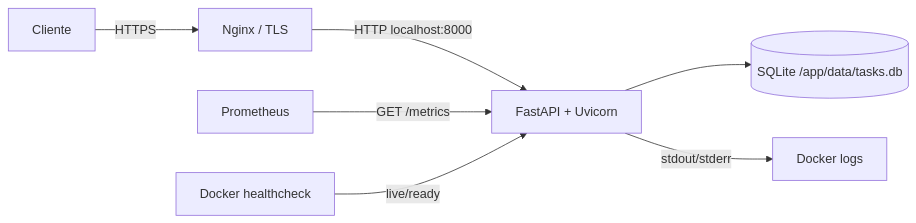
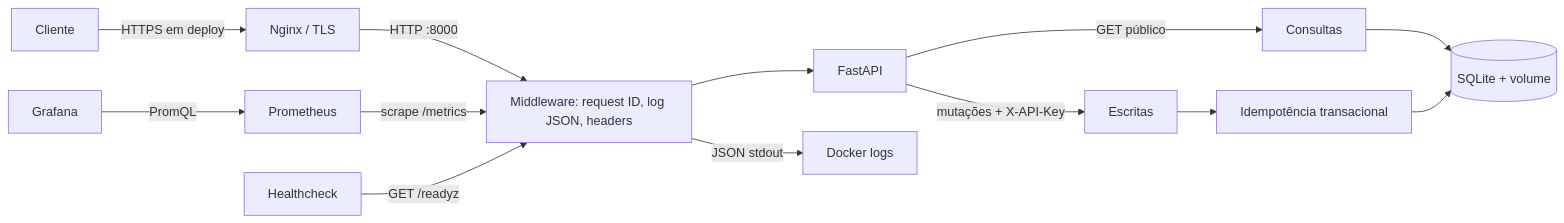
Before and after one commit to endeson12/devops-fastapi-lab: the diagram in README.md, drawn with Mermaid. The commit also changed other lines of this file and 12 other files, not shown here.

````diff
--- a/README.md
+++ b/README.md
@@ -17,9 +21,15 @@
 ```mermaid
 flowchart LR
-    C[Cliente] -->|HTTPS| N[Nginx / TLS]
-    N -->|HTTP localhost:8000| A[FastAPI + Uvicorn]
-    A --> D[(SQLite /app/data/tasks.db)]
-    P[Prometheus] -->|GET /metrics| A
-    A -->|stdout/stderr| L[Docker logs]
-    H[Docker healthcheck] -->|live/ready| A
+    C[Cliente] -->|HTTPS em deploy| N[Nginx / TLS]
+    N -->|HTTP :8000| M[Middleware: request ID, log JSON, headers]
+    M --> A[FastAPI]
+    A -->|GET público| Q[Consultas]
+    A -->|mutações + X-API-Key| W[Escritas]
+    W --> I[Idempotência transacional]
+    Q --> D[(SQLite + volume)]
+    I --> D
+    P[Prometheus] -->|scrape /metrics| M
+    G[Grafana] -->|PromQL| P
+    H[Healthcheck] -->|GET /readyz| M
+    M -->|JSON stdout| L[Docker logs]
 ```
````
